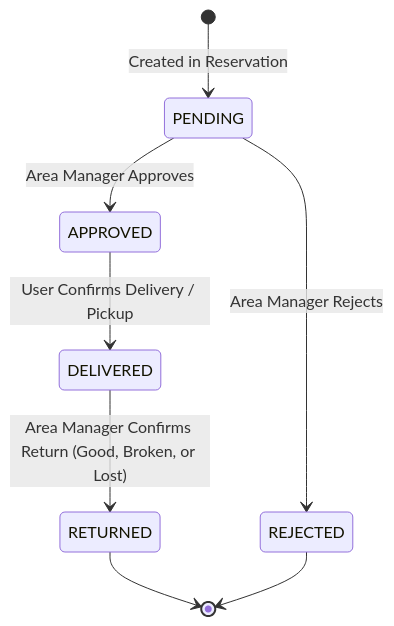
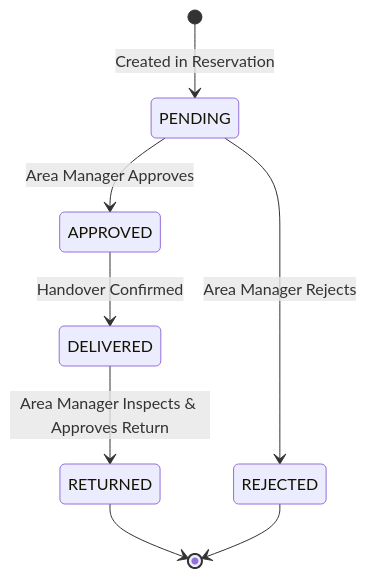
One commit to Faiisu/asset-reserve changed the third of 4 diagrams in docs/asset_reservation_flow.md. Above: the diagram before and after it, drawn with Mermaid. The commit also changed other lines of this file and 17 other files, not shown here.

````diff
--- a/docs/asset_reservation_flow.md
+++ b/docs/asset_reservation_flow.md
@@ -91,10 +77,10 @@
 ```mermaid
 stateDiagram-v2
     [*] --> PENDING: Created in Reservation
     PENDING --> APPROVED: Area Manager Approves
     PENDING --> REJECTED: Area Manager Rejects
-    APPROVED --> DELIVERED: User Confirms Delivery / Pickup
-    DELIVERED --> RETURNED: Area Manager Confirms Return (Good, Broken, or Lost)
+    APPROVED --> DELIVERED: Handover Confirmed
+    DELIVERED --> RETURNED: Area Manager Inspects & Approves Return
     RETURNED --> [*]
     REJECTED --> [*]
 ```
````
